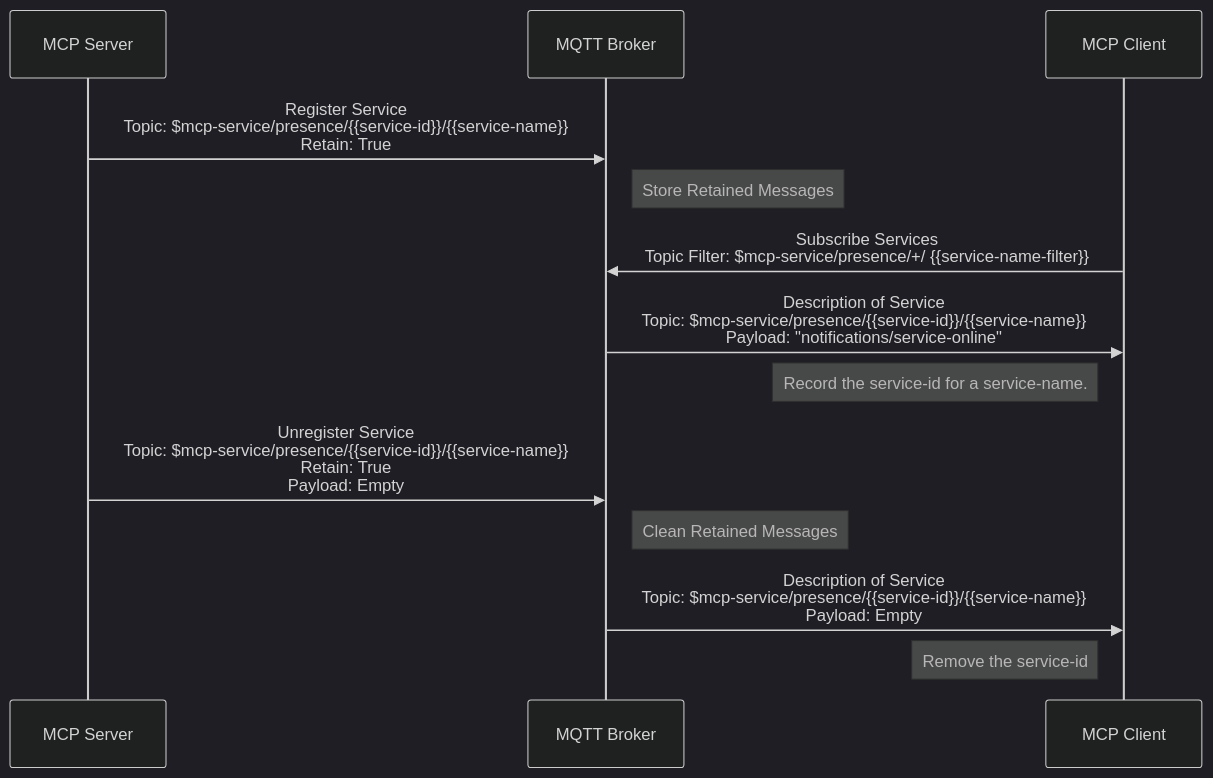
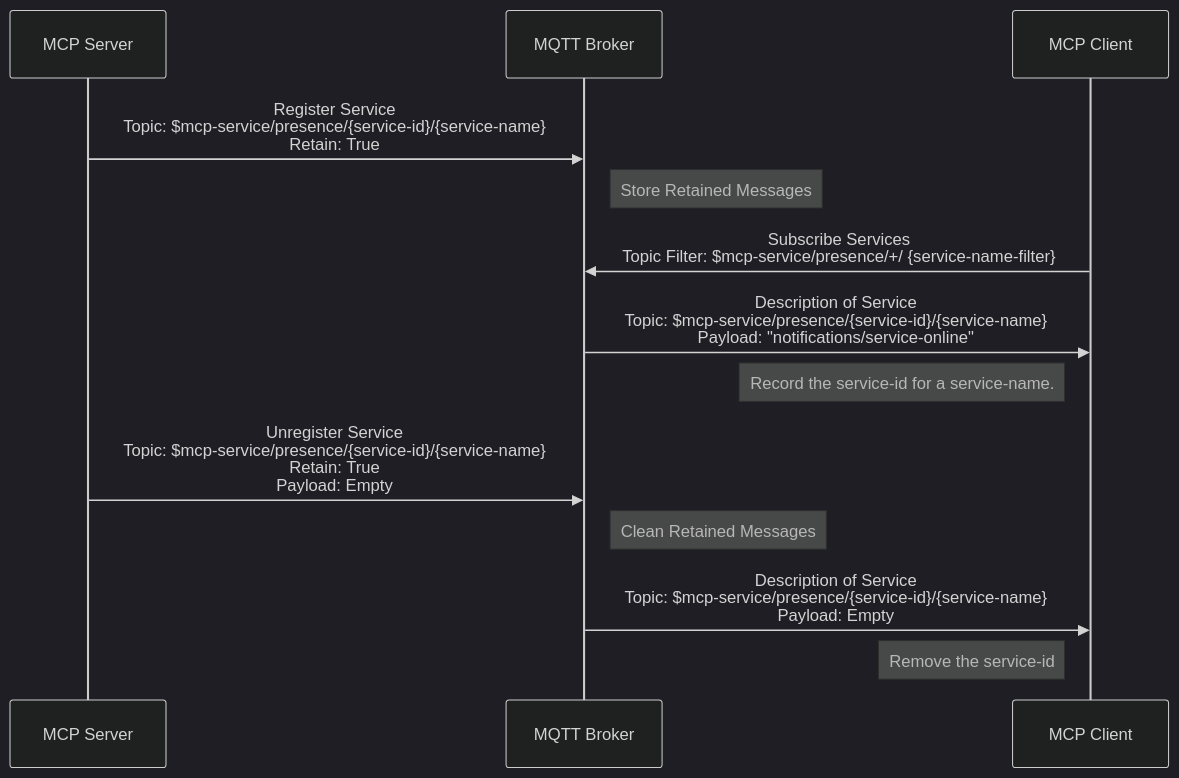
Before and after one commit to xiaokunzhang/mcp-over-mqtt-site: the first of 4 diagrams in mcp/specification/2025-03-26/basic/mqtt_transport.md, drawn with Mermaid (dark theme). The commit also changed other lines of this file and 4 other files, not shown here.

Commit message:
Separate the architecture page

````diff
--- a/mcp/specification/2025-03-26/basic/mqtt_transport.md
+++ b/mcp/specification/2025-03-26/basic/mqtt_transport.md
@@ -192,20 +176,20 @@
 ```mermaid
 sequenceDiagram
     participant MCP_Server as MCP Server
     participant MQTT_Broker as MQTT Broker
     participant MCP_Client as MCP Client
 
-    MCP_Server ->> MQTT_Broker: Register Service<br/>Topic: $mcp-service/presence/{{service-id}}/{{service-name}}<br/>Retain: True
+    MCP_Server ->> MQTT_Broker: Register Service<br/>Topic: $mcp-service/presence/{service-id}/{service-name}<br/>Retain: True
     Note right of MQTT_Broker: Store Retained Messages
 
-    MCP_Client ->> MQTT_Broker: Subscribe Services<br/>Topic Filter: $mcp-service/presence/+/ {{service-name-filter}}
+    MCP_Client ->> MQTT_Broker: Subscribe Services<br/>Topic Filter: $mcp-service/presence/+/ {service-name-filter}
 
-    MQTT_Broker ->> MCP_Client: Description of Service<br/>Topic: $mcp-service/presence/{{service-id}}/{{service-name}}<br/>Payload: "notifications/service-online"
+    MQTT_Broker ->> MCP_Client: Description of Service<br/>Topic: $mcp-service/presence/{service-id}/{service-name}<br/>Payload: "notifications/service-online"
     Note left of MCP_Client: Record the service-id for a service-name.
 
-    MCP_Server ->> MQTT_Broker: Unregister Service<br/>Topic: $mcp-service/presence/{{service-id}}/{{service-name}}<br/>Retain: True<br/>Payload: Empty
+    MCP_Server ->> MQTT_Broker: Unregister Service<br/>Topic: $mcp-service/presence/{service-id}/{service-name}<br/>Retain: True<br/>Payload: Empty
     Note right of MQTT_Broker: Clean Retained Messages
 
-    MQTT_Broker ->> MCP_Client: Description of Service<br/>Topic: $mcp-service/presence/{{service-id}}/{{service-name}}<br/>Payload: Empty
+    MQTT_Broker ->> MCP_Client: Description of Service<br/>Topic: $mcp-service/presence/{service-id}/{service-name}<br/>Payload: Empty
     Note left of MCP_Client: Remove the service-id
 ```
````
